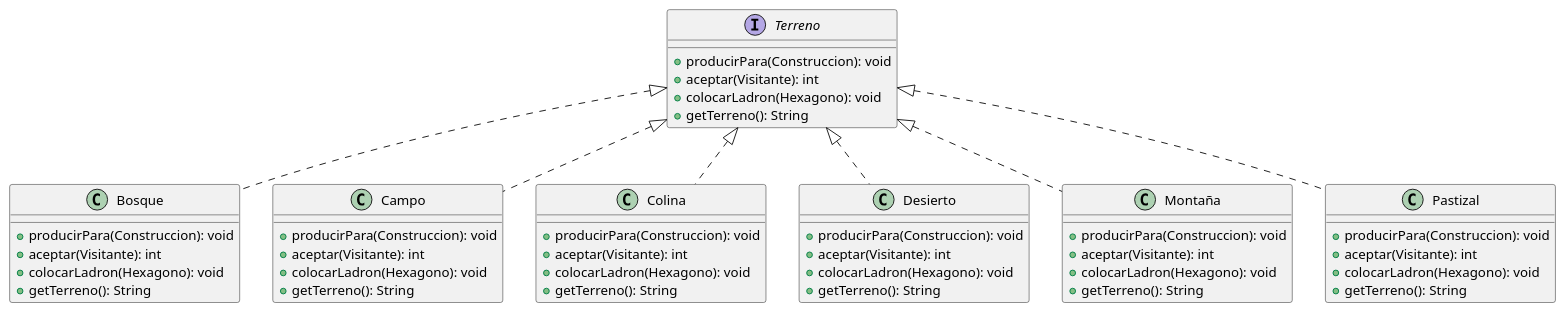
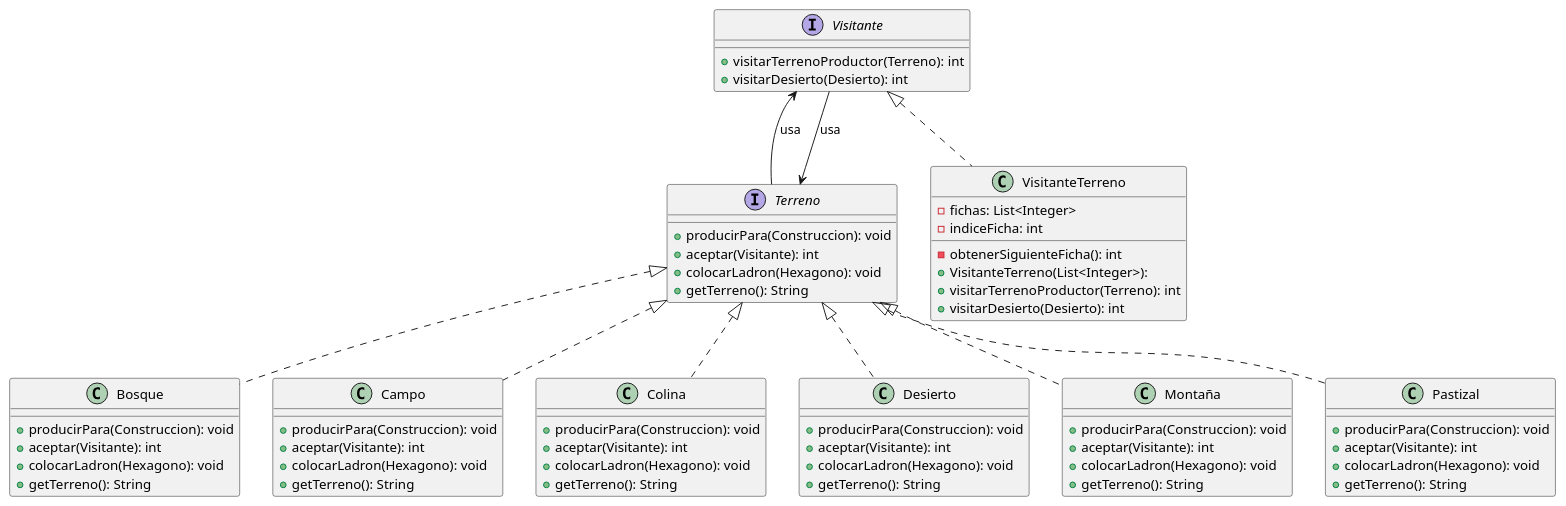
One commit to ValeSolArroyo/TP2-Catan changed the diagram in diagrams/classes/terreno.puml. Above: the diagram before and after it, drawn with PlantUML. The commit also changed 6 other files, not shown here.

Commit message:
mas diagramas

```diff
--- a/diagrams/classes/terreno.puml
+++ b/diagrams/classes/terreno.puml
@@ -1,53 +1,72 @@
-@startuml
+@startuml Terreno
 
 class Bosque { 
     + producirPara(Construccion): void
     + aceptar(Visitante): int
     + colocarLadron(Hexagono): void
     + getTerreno(): String
 }
 class Campo {
     + producirPara(Construccion): void
     + aceptar(Visitante): int
     + colocarLadron(Hexagono): void
     + getTerreno(): String
 }
 class Colina {
     + producirPara(Construccion): void
     + aceptar(Visitante): int
     + colocarLadron(Hexagono): void
     + getTerreno(): String
 }
 class Desierto {
     + producirPara(Construccion): void
     + aceptar(Visitante): int
     + colocarLadron(Hexagono): void
     + getTerreno(): String
 }
 class Montaña {
     + producirPara(Construccion): void
     + aceptar(Visitante): int
     + colocarLadron(Hexagono): void
     + getTerreno(): String
 }
 class Pastizal {
     + producirPara(Construccion): void
     + aceptar(Visitante): int
     + colocarLadron(Hexagono): void
     + getTerreno(): String
 }
 interface Terreno {
     + producirPara(Construccion): void
     + aceptar(Visitante): int
     + colocarLadron(Hexagono): void
     + getTerreno(): String
 }
 
+interface Visitante {
+  + visitarTerrenoProductor(Terreno): int
+  + visitarDesierto(Desierto): int
+}
+
+class VisitanteTerreno {
+  - fichas: List<Integer>
+  - indiceFicha: int
+  - obtenerSiguienteFicha(): int
+  + VisitanteTerreno(List<Integer>): 
+  + visitarTerrenoProductor(Terreno): int
+  + visitarDesierto(Desierto): int
+}
+
 Terreno <|.. Bosque
 Terreno <|.. Campo
 Terreno <|.. Colina
 Terreno <|.. Desierto
 Terreno <|.. Montaña
 Terreno <|.. Pastizal
 
+Visitante <|.. VisitanteTerreno
+
+Visitante <-- Terreno : usa
+Visitante --> Terreno : usa
+
 @enduml
```
